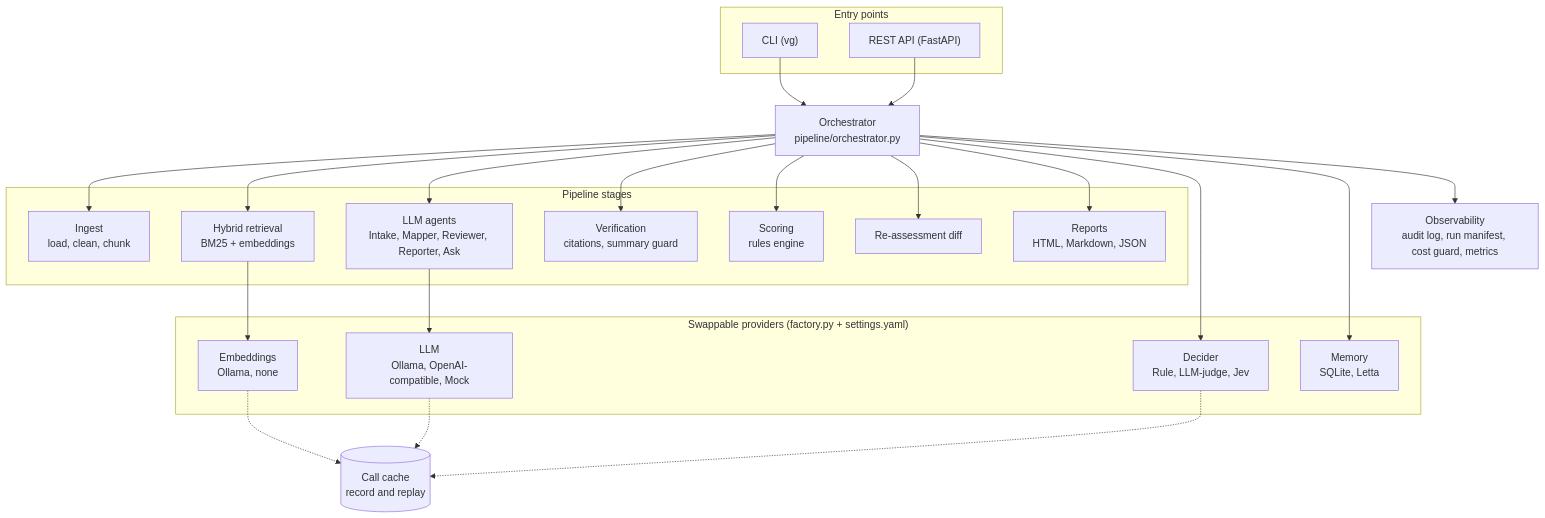
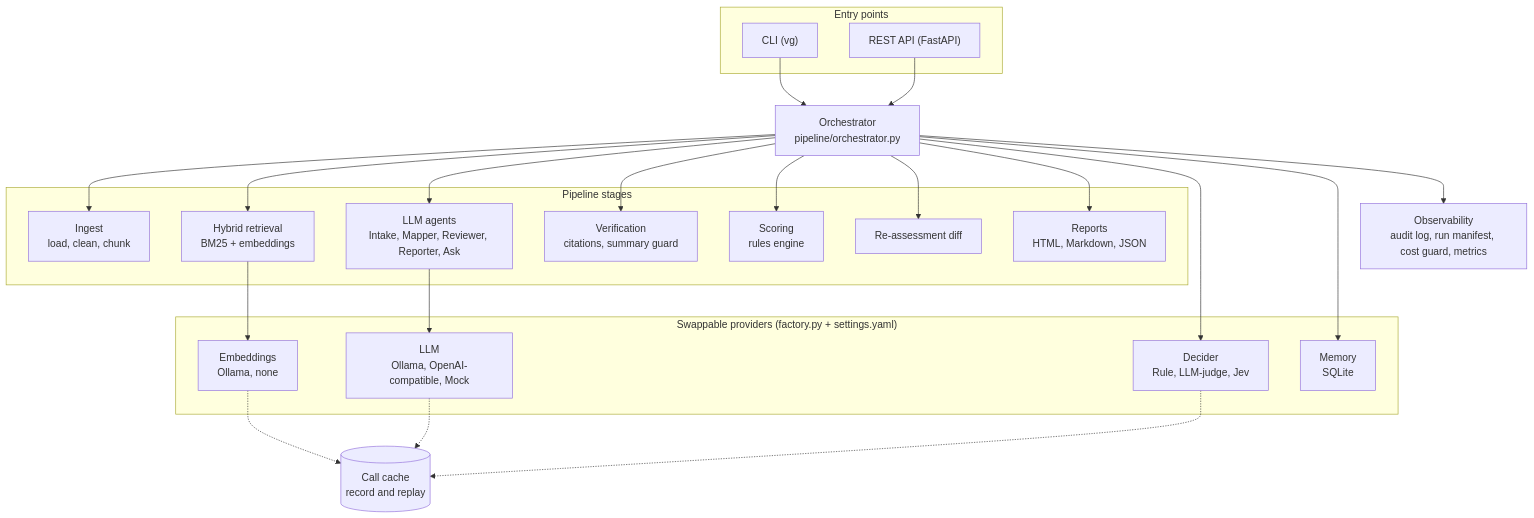
One commit to himanshugoel9725/vendorguard-ai changed the first of 3 diagrams in README.md. Above: the diagram before and after it, drawn with Mermaid. The commit also changed other lines of this file and 4 other files, not shown here.

````diff
--- a/README.md
+++ b/README.md
@@ -72,36 +100,36 @@
 ```mermaid
 flowchart TB
     subgraph Entry["Entry points"]
         CLI["CLI (vg)"]
         API["REST API (FastAPI)"]
     end
     ORCH["Orchestrator<br/>pipeline/orchestrator.py"]
     CLI --> ORCH
     API --> ORCH
     subgraph Stages["Pipeline stages"]
         ING["Ingest<br/>load, clean, chunk"]
         RET["Hybrid retrieval<br/>BM25 + embeddings"]
         AGT["LLM agents<br/>Intake, Mapper, Reviewer, Reporter, Ask"]
         VER["Verification<br/>citations, summary guard"]
         SCO["Scoring<br/>rules engine"]
         DIF["Re-assessment diff"]
         RPT["Reports<br/>HTML, Markdown, JSON"]
     end
     ORCH --> ING & RET & AGT & VER & SCO & DIF & RPT
     subgraph Providers["Swappable providers (factory.py + settings.yaml)"]
         LLM["LLM<br/>Ollama, OpenAI-compatible, Mock"]
         DEC["Decider<br/>Rule, LLM-judge, Jev"]
         EMB["Embeddings<br/>Ollama, none"]
-        MEM["Memory<br/>SQLite, Letta"]
+        MEM["Memory<br/>SQLite"]
     end
     AGT --> LLM
     ORCH --> DEC
     RET --> EMB
     ORCH --> MEM
     CACHE[("Call cache<br/>record and replay")]
     LLM -.-> CACHE
     DEC -.-> CACHE
     EMB -.-> CACHE
     OBS["Observability<br/>audit log, run manifest, cost guard, metrics"]
     ORCH --> OBS
 ```
````
